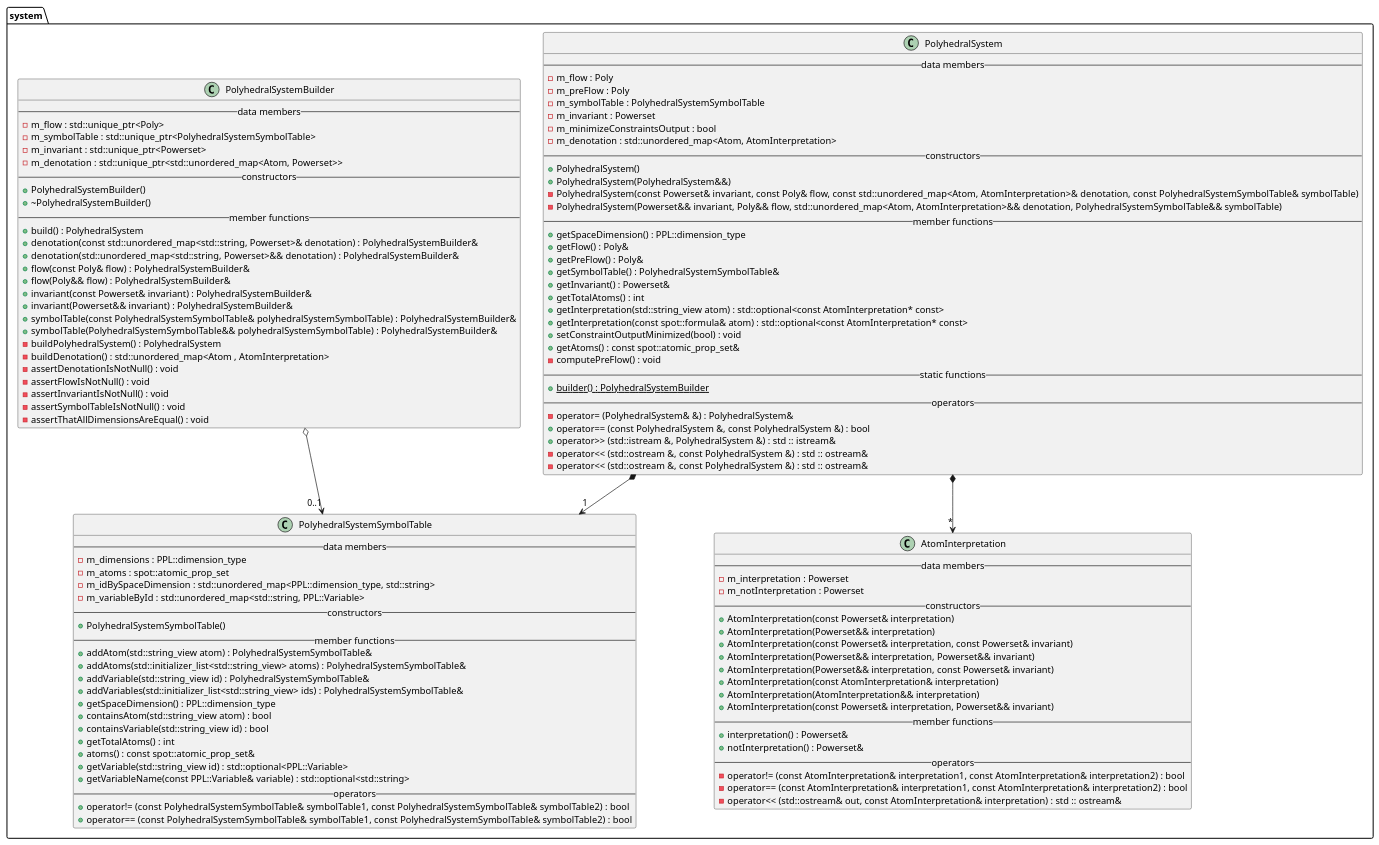
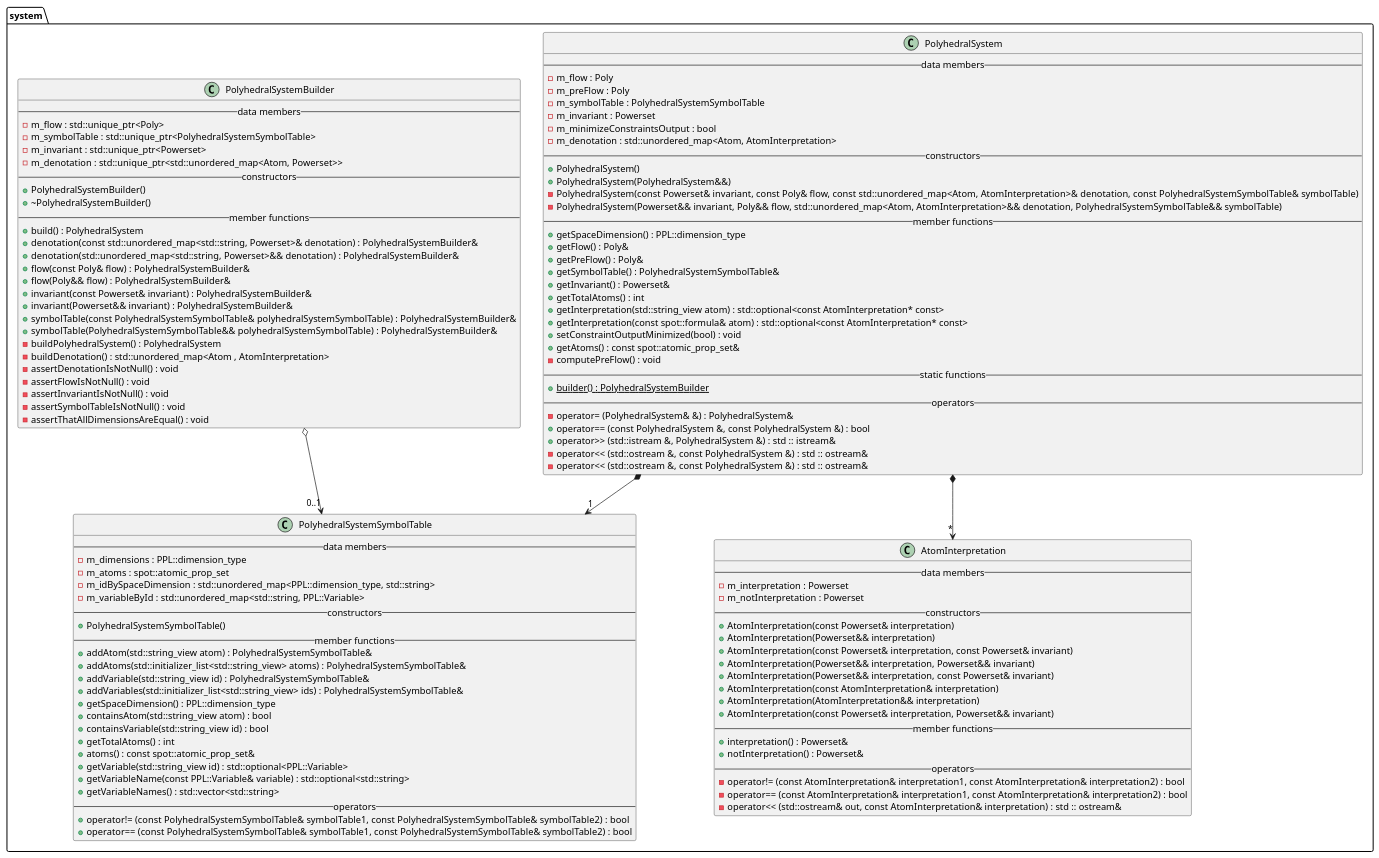
Before and after one commit to vtramo/rtl-mc: the diagram in docs/plantuml/system.puml, drawn with PlantUML. The commit also changed 28 other files, not shown here.

```diff
--- a/docs/plantuml/system.puml
+++ b/docs/plantuml/system.puml
@@ -1,117 +1,118 @@
 @startuml
 package system {
     class AtomInterpretation {
         --data members--
         -m_interpretation : Powerset
         -m_notInterpretation : Powerset
         --constructors--
         +AtomInterpretation(const Powerset& interpretation)
         +AtomInterpretation(Powerset&& interpretation)
         +AtomInterpretation(const Powerset& interpretation, const Powerset& invariant)
         +AtomInterpretation(Powerset&& interpretation, Powerset&& invariant)
         +AtomInterpretation(Powerset&& interpretation, const Powerset& invariant)
         +AtomInterpretation(const AtomInterpretation& interpretation)
         +AtomInterpretation(AtomInterpretation&& interpretation)
         +AtomInterpretation(const Powerset& interpretation, Powerset&& invariant)
         --member functions--
         +interpretation() : Powerset&
         +notInterpretation() : Powerset&
         --operators--
         -operator!= (const AtomInterpretation& interpretation1, const AtomInterpretation& interpretation2) : bool
         -operator== (const AtomInterpretation& interpretation1, const AtomInterpretation& interpretation2) : bool
         -operator<< (std::ostream& out, const AtomInterpretation& interpretation) : std :: ostream&
     }
 
     class PolyhedralSystem {
         --data members--
         -m_flow : Poly
         -m_preFlow : Poly
         -m_symbolTable : PolyhedralSystemSymbolTable
         -m_invariant : Powerset
         -m_minimizeConstraintsOutput : bool
         -m_denotation : std::unordered_map<Atom, AtomInterpretation>
         --constructors--
         +PolyhedralSystem()
         +PolyhedralSystem(PolyhedralSystem&&)
         -PolyhedralSystem(const Powerset& invariant, const Poly& flow, const std::unordered_map<Atom, AtomInterpretation>& denotation, const PolyhedralSystemSymbolTable& symbolTable)
         -PolyhedralSystem(Powerset&& invariant, Poly&& flow, std::unordered_map<Atom, AtomInterpretation>&& denotation, PolyhedralSystemSymbolTable&& symbolTable)
         --member functions--
         +getSpaceDimension() : PPL::dimension_type
         +getFlow() : Poly&
         +getPreFlow() : Poly&
         +getSymbolTable() : PolyhedralSystemSymbolTable&
         +getInvariant() : Powerset&
         +getTotalAtoms() : int
         +getInterpretation(std::string_view atom) : std::optional<const AtomInterpretation* const>
         +getInterpretation(const spot::formula& atom) : std::optional<const AtomInterpretation* const>
         +setConstraintOutputMinimized(bool) : void
         +getAtoms() : const spot::atomic_prop_set&
         -computePreFlow() : void
         --static functions--
         +{static} builder() : PolyhedralSystemBuilder
         --operators--
         -operator= (PolyhedralSystem& &) : PolyhedralSystem&
         +operator== (const PolyhedralSystem &, const PolyhedralSystem &) : bool
         +operator>> (std::istream &, PolyhedralSystem &) : std :: istream&
         -operator<< (std::ostream &, const PolyhedralSystem &) : std :: ostream&
         -operator<< (std::ostream &, const PolyhedralSystem &) : std :: ostream&
     }
 
     class PolyhedralSystemBuilder {
         --data members--
         -m_flow : std::unique_ptr<Poly>
         -m_symbolTable : std::unique_ptr<PolyhedralSystemSymbolTable>
         -m_invariant : std::unique_ptr<Powerset>
         -m_denotation : std::unique_ptr<std::unordered_map<Atom, Powerset>>
         --constructors--
         +PolyhedralSystemBuilder()
         +~PolyhedralSystemBuilder()
         --member functions--
         +build() : PolyhedralSystem
         +denotation(const std::unordered_map<std::string, Powerset>& denotation) : PolyhedralSystemBuilder&
         +denotation(std::unordered_map<std::string, Powerset>&& denotation) : PolyhedralSystemBuilder&
         +flow(const Poly& flow) : PolyhedralSystemBuilder&
         +flow(Poly&& flow) : PolyhedralSystemBuilder&
         +invariant(const Powerset& invariant) : PolyhedralSystemBuilder&
         +invariant(Powerset&& invariant) : PolyhedralSystemBuilder&
         +symbolTable(const PolyhedralSystemSymbolTable& polyhedralSystemSymbolTable) : PolyhedralSystemBuilder&
         +symbolTable(PolyhedralSystemSymbolTable&& polyhedralSystemSymbolTable) : PolyhedralSystemBuilder&
         -buildPolyhedralSystem() : PolyhedralSystem
         -buildDenotation() : std::unordered_map<Atom , AtomInterpretation>
         -assertDenotationIsNotNull() : void
         -assertFlowIsNotNull() : void
         -assertInvariantIsNotNull() : void
         -assertSymbolTableIsNotNull() : void
         -assertThatAllDimensionsAreEqual() : void
     }
 
     class PolyhedralSystemSymbolTable {
         --data members--
         -m_dimensions : PPL::dimension_type
         -m_atoms : spot::atomic_prop_set
         -m_idBySpaceDimension : std::unordered_map<PPL::dimension_type, std::string>
         -m_variableById : std::unordered_map<std::string, PPL::Variable>
         --constructors--
         +PolyhedralSystemSymbolTable()
         --member functions--
         +addAtom(std::string_view atom) : PolyhedralSystemSymbolTable&
         +addAtoms(std::initializer_list<std::string_view> atoms) : PolyhedralSystemSymbolTable&
         +addVariable(std::string_view id) : PolyhedralSystemSymbolTable&
         +addVariables(std::initializer_list<std::string_view> ids) : PolyhedralSystemSymbolTable&
         +getSpaceDimension() : PPL::dimension_type
         +containsAtom(std::string_view atom) : bool
         +containsVariable(std::string_view id) : bool
         +getTotalAtoms() : int
         +atoms() : const spot::atomic_prop_set&
         +getVariable(std::string_view id) : std::optional<PPL::Variable>
         +getVariableName(const PPL::Variable& variable) : std::optional<std::string>
+        +getVariableNames() : std::vector<std::string>
         --operators--
         +operator!= (const PolyhedralSystemSymbolTable& symbolTable1, const PolyhedralSystemSymbolTable& symbolTable2) : bool
         +operator== (const PolyhedralSystemSymbolTable& symbolTable1, const PolyhedralSystemSymbolTable& symbolTable2) : bool
     }
 
     PolyhedralSystem *-->"*" AtomInterpretation
     PolyhedralSystem *-->"1" PolyhedralSystemSymbolTable
     PolyhedralSystemBuilder o-->"0..1" PolyhedralSystemSymbolTable
 }
 @enduml
```
